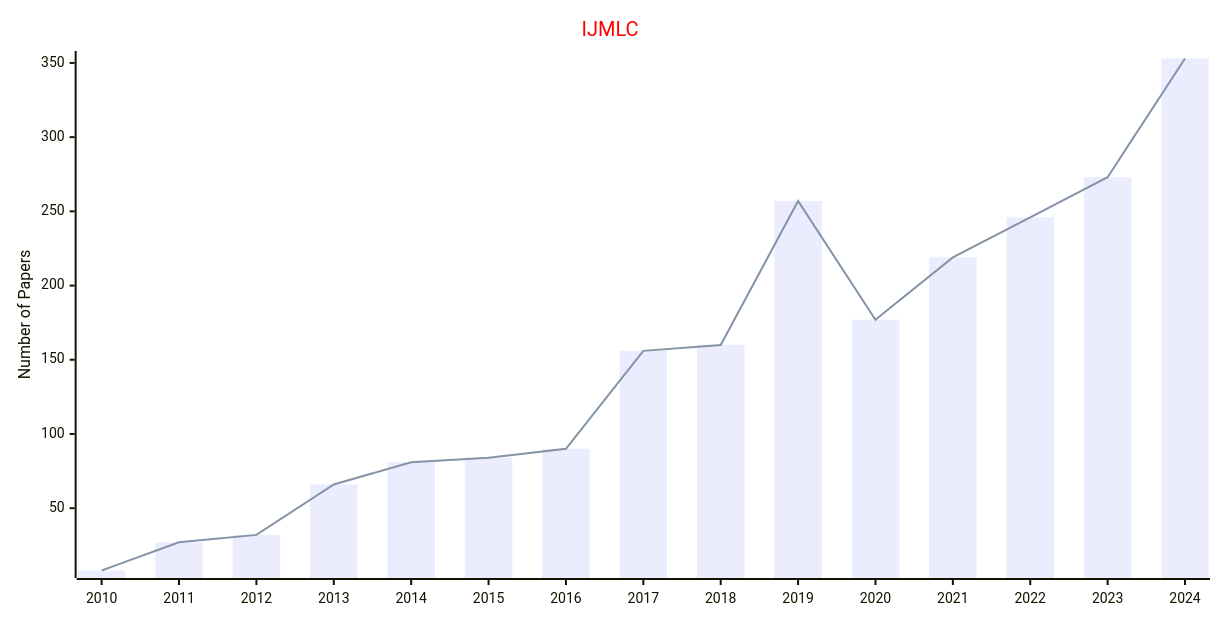
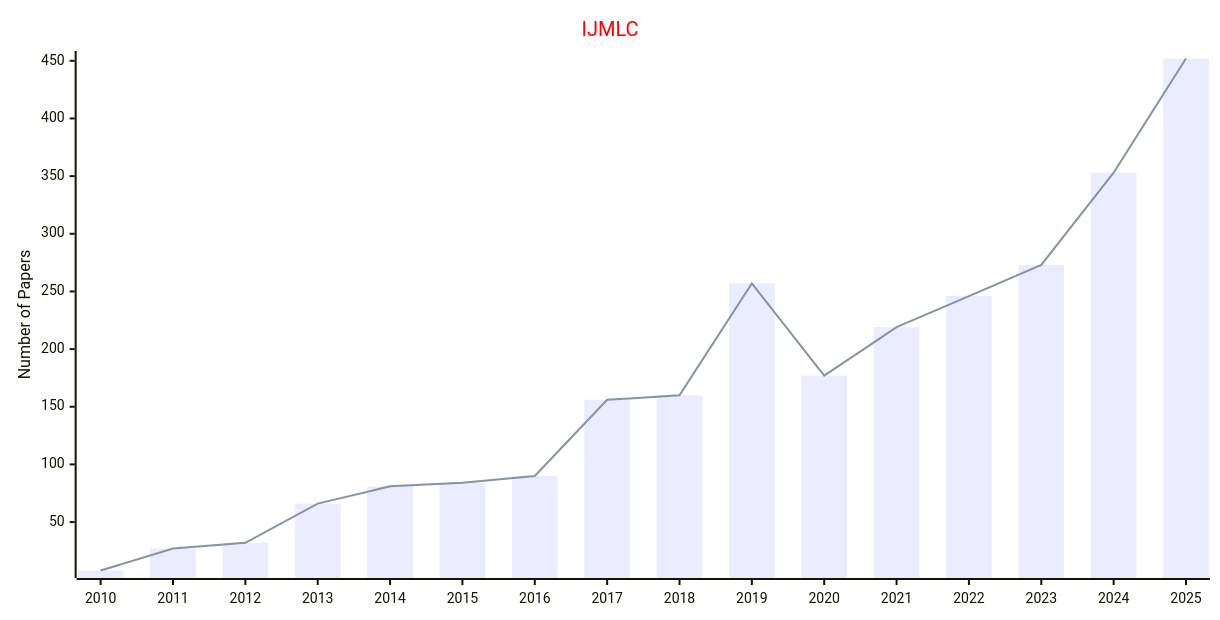
One commit to Easy-PhD/AILinks changed the fourth of 4 diagrams in docs/data/Journals/Statistics_Journals/Ambient_Intelligence.md. Above: the diagram before and after it, drawn with Mermaid. The commit also changed 107 other files, not shown here.

````diff
--- a/docs/data/Journals/Statistics_Journals/Ambient_Intelligence.md
+++ b/docs/data/Journals/Statistics_Journals/Ambient_Intelligence.md
@@ -81,17 +81,17 @@
 ```mermaid
 ---
 config:
     xyChart:
         width: 1200
         height: 600
     themeVariables:
         xyChart:
             titleColor: "#ff0000"
 ---
 xychart-beta
     title "IJMLC"
-    x-axis [2010, 2011, 2012, 2013, 2014, 2015, 2016, 2017, 2018, 2019, 2020, 2021, 2022, 2023, 2024]
+    x-axis [2010, 2011, 2012, 2013, 2014, 2015, 2016, 2017, 2018, 2019, 2020, 2021, 2022, 2023, 2024, 2025]
     y-axis "Number of Papers"
-    bar [8, 27, 32, 66, 81, 84, 90, 156, 160, 257, 177, 219, 246, 273, 353]
-    line [8, 27, 32, 66, 81, 84, 90, 156, 160, 257, 177, 219, 246, 273, 353]
+    bar [8, 27, 32, 66, 81, 84, 90, 156, 160, 257, 177, 219, 246, 273, 353, 452]
+    line [8, 27, 32, 66, 81, 84, 90, 156, 160, 257, 177, 219, 246, 273, 353, 452]
 ```
````
